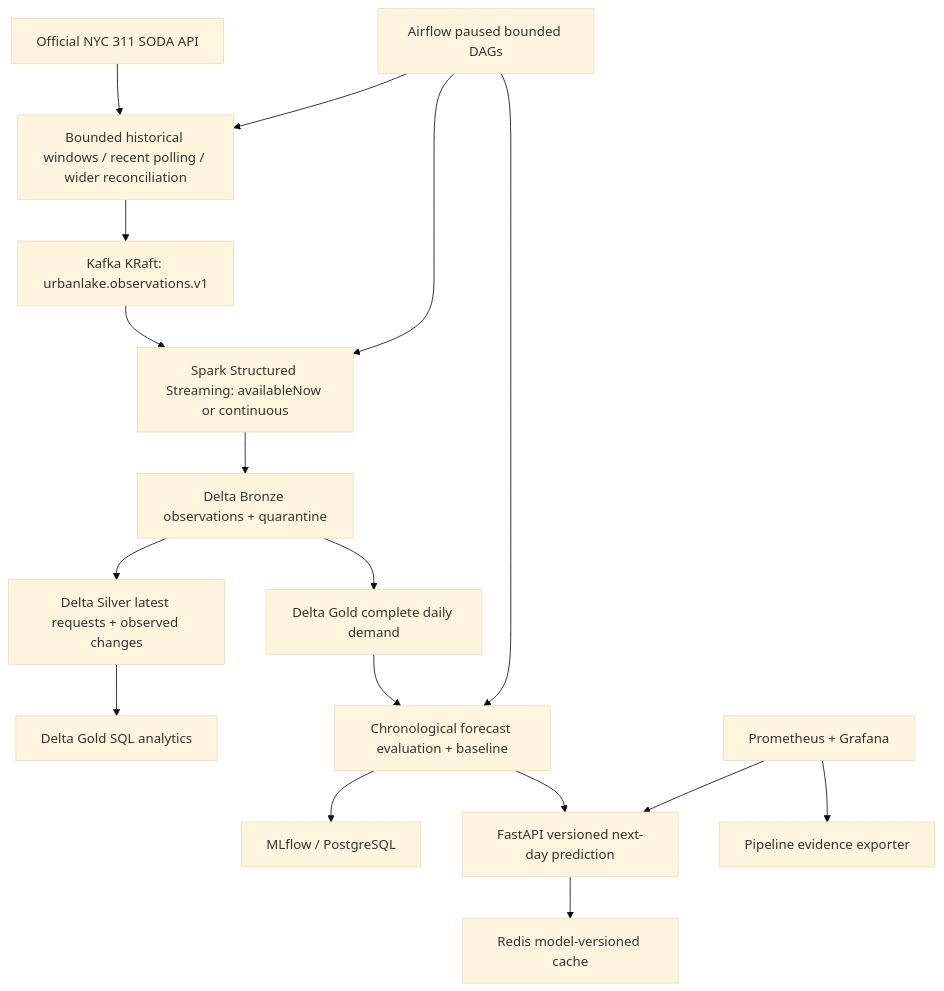
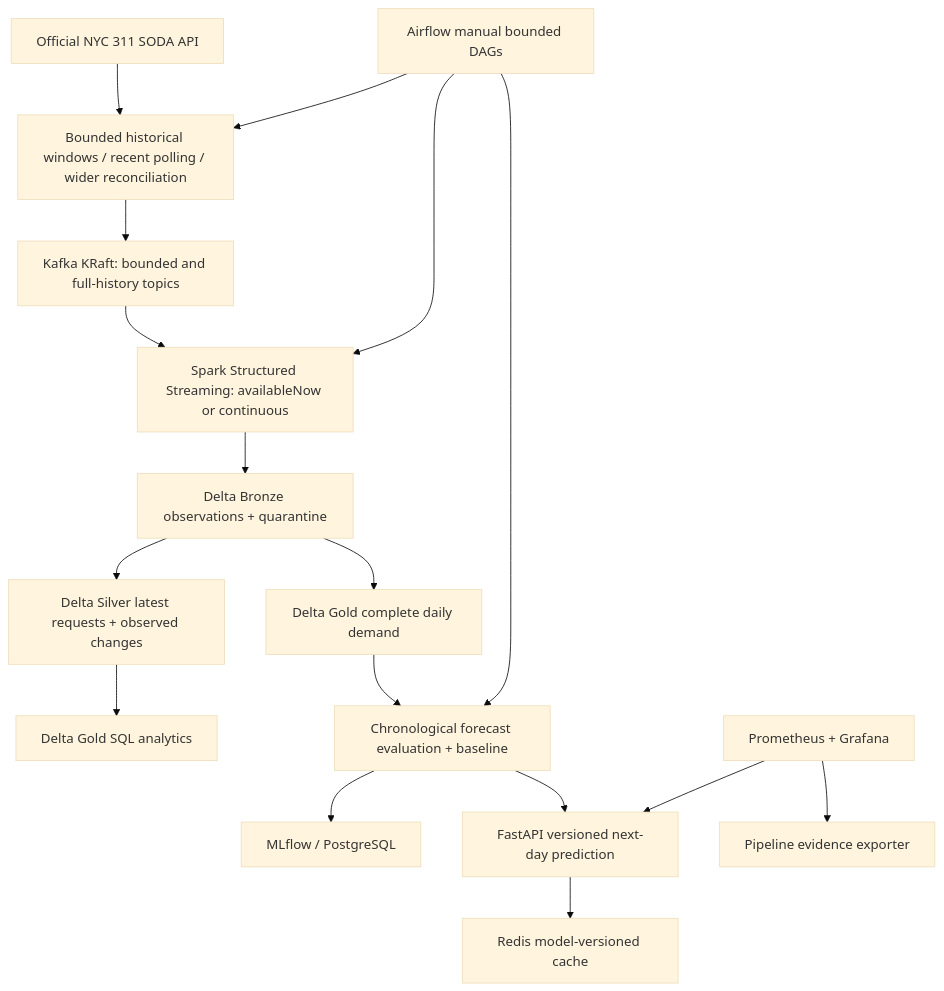
The diagram in docs/ARCHITECTURE.md (SaiSakethN/urbanlake), drawn with Mermaid (base theme) before and after one commit. The commit also changed other lines of this file and 3 other files, not shown here.

````diff
--- a/docs/ARCHITECTURE.md
+++ b/docs/ARCHITECTURE.md
@@ -3,19 +8,19 @@
 ```mermaid
 flowchart TD
     NYC[Official NYC 311 SODA API] --> I[Bounded historical windows / recent polling / wider reconciliation]
-    I --> K[Kafka KRaft: urbanlake.observations.v1]
+    I --> K[Kafka KRaft: bounded and full-history topics]
     K --> S[Spark Structured Streaming: availableNow or continuous]
     S --> B[Delta Bronze observations + quarantine]
     B --> V[Delta Silver latest requests + observed changes]
     V --> G[Delta Gold SQL analytics]
     B --> D[Delta Gold complete daily demand]
     D --> ML[Chronological forecast evaluation + baseline]
     ML --> MF[MLflow / PostgreSQL]
     ML --> A[FastAPI versioned next-day prediction]
     A --> R[Redis model-versioned cache]
-    AF[Airflow paused bounded DAGs] --> I
+    AF[Airflow manual bounded DAGs] --> I
     AF --> S
     AF --> ML
     P[Prometheus + Grafana] --> A
     P --> E[Pipeline evidence exporter]
 ```
````
